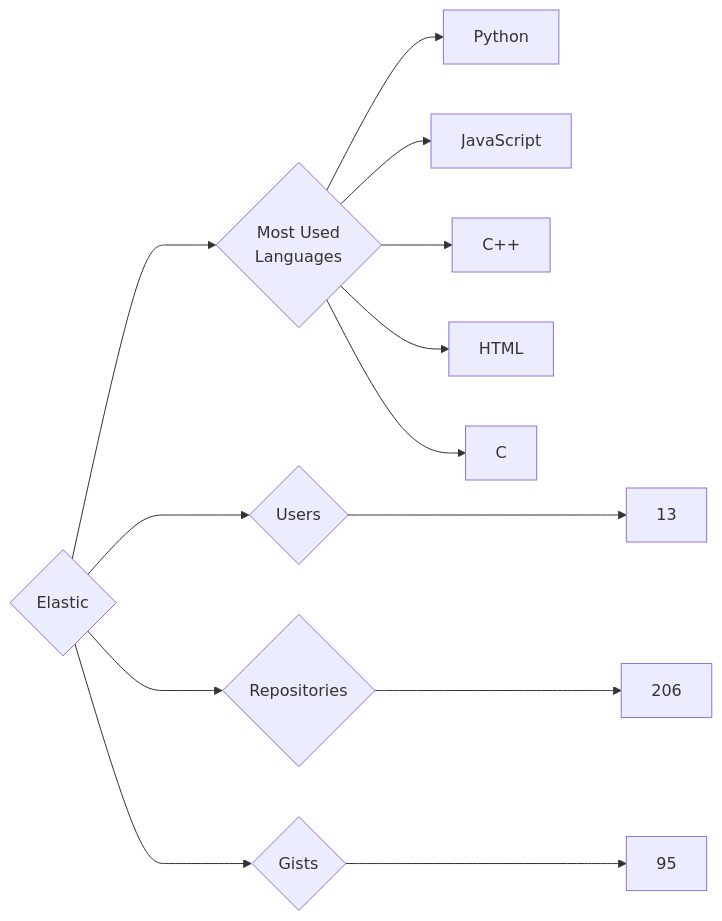
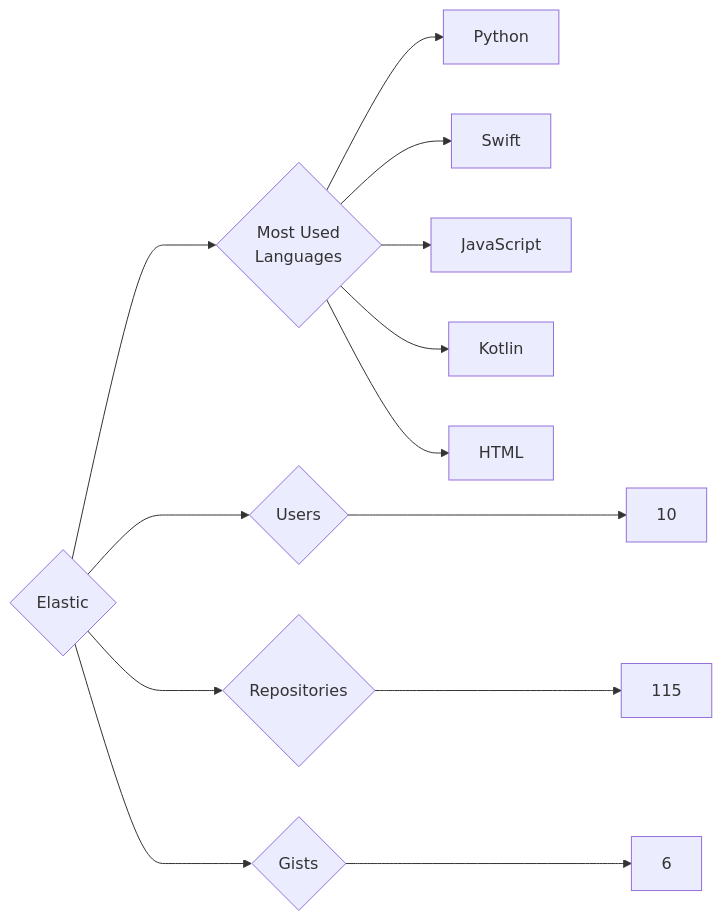
The diagram in targets/Elastic/README.md (trickest/insiders), drawn with Mermaid before and after one commit. The commit also changed 1084 other files, not shown here.

````diff
--- a/targets/Elastic/README.md
+++ b/targets/Elastic/README.md
@@ -3,13 +3,13 @@
 ```mermaid
 graph LR
 COMPANY_NAME{Elastic}
-COMPANY_NAME ---> U{Users} ---> UN[13]
-COMPANY_NAME ---> R{Repositories} ---> RN[206]
-COMPANY_NAME ---> G{Gists} ---> GN[95]
+COMPANY_NAME ---> U{Users} ---> UN[10]
+COMPANY_NAME ---> R{Repositories} ---> RN[115]
+COMPANY_NAME ---> G{Gists} ---> GN[6]
 COMPANY_NAME ---> ML{Most Used<br>Languages}
 ML --> Python[Python]
+ML --> Swift[Swift]
 ML --> JavaScript[JavaScript]
-ML --> C++[C++]
+ML --> Kotlin[Kotlin]
 ML --> HTML[HTML]
-ML --> C[C]
 ```
````
